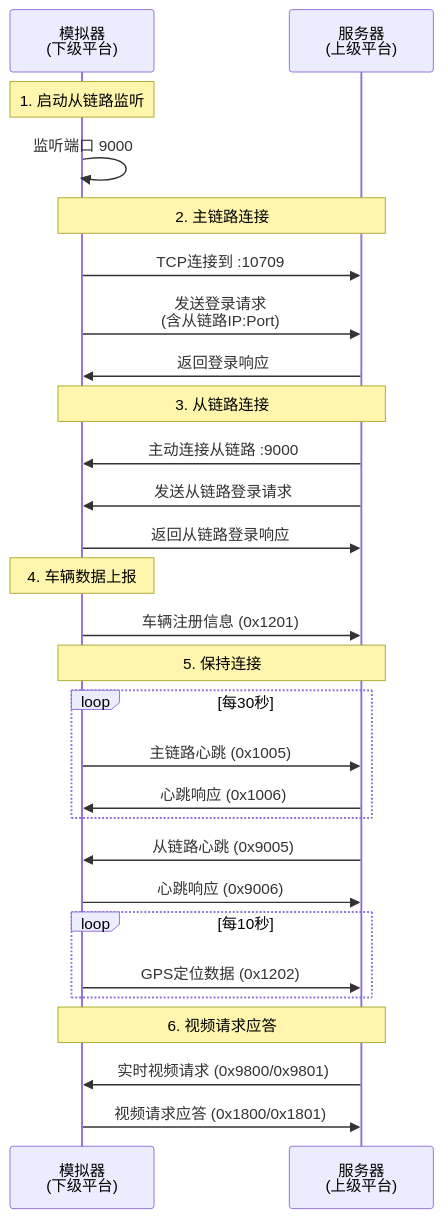
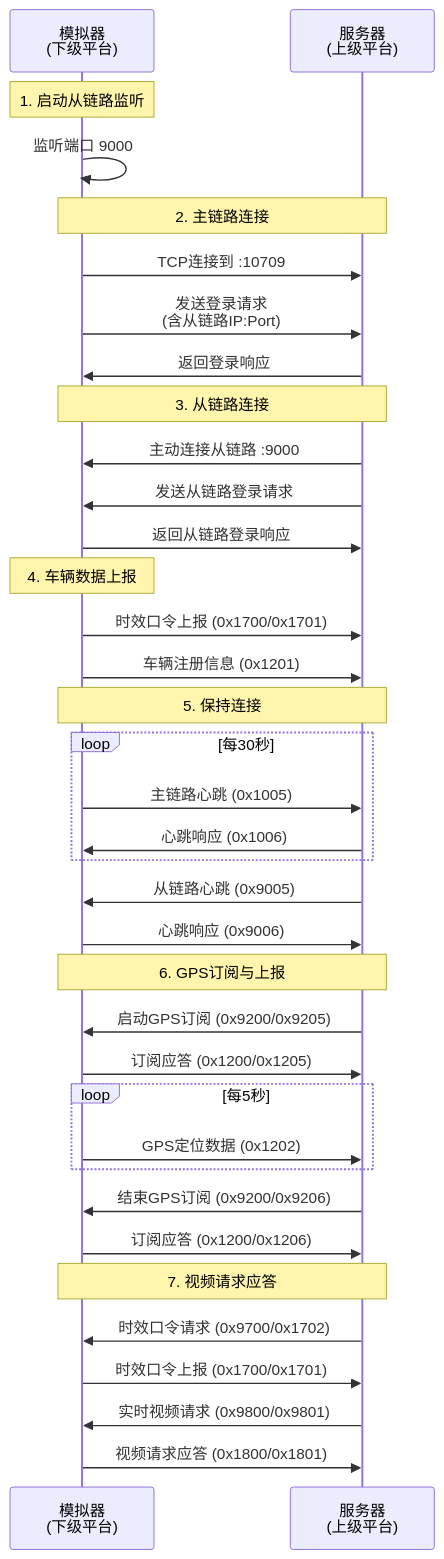
One commit to zboyco/jtt809 changed the diagram in cmd/simulator/README.md. Above: the diagram before and after it, drawn with Mermaid. The commit also changed other lines of this file and 13 other files, not shown here.

````diff
--- a/cmd/simulator/README.md
+++ b/cmd/simulator/README.md
@@ -81,38 +84,46 @@
 ```mermaid
 sequenceDiagram
     participant Simulator as 模拟器<br/>(下级平台)
     participant Server as 服务器<br/>(上级平台)
 
     Note over Simulator: 1. 启动从链路监听
     Simulator->>Simulator: 监听端口 9000
 
     Note over Simulator,Server: 2. 主链路连接
     Simulator->>Server: TCP连接到 :10709
     Simulator->>Server: 发送登录请求<br/>(含从链路IP:Port)
     Server->>Simulator: 返回登录响应
 
     Note over Simulator,Server: 3. 从链路连接
     Server->>Simulator: 主动连接从链路 :9000
     Server->>Simulator: 发送从链路登录请求
     Simulator->>Server: 返回从链路登录响应
 
     Note over Simulator: 4. 车辆数据上报
+    Simulator->>Server: 时效口令上报 (0x1700/0x1701)
     Simulator->>Server: 车辆注册信息 (0x1201)
 
     Note over Simulator,Server: 5. 保持连接
     loop 每30秒
         Simulator->>Server: 主链路心跳 (0x1005)
         Server->>Simulator: 心跳响应 (0x1006)
     end
 
     Server->>Simulator: 从链路心跳 (0x9005)
     Simulator->>Server: 心跳响应 (0x9006)
 
-    loop 每10秒
+    Note over Simulator,Server: 6. GPS订阅与上报
+    Server->>Simulator: 启动GPS订阅 (0x9200/0x9205)
+    Simulator->>Server: 订阅应答 (0x1200/0x1205)
+    loop 每5秒
         Simulator->>Server: GPS定位数据 (0x1202)
     end
+    Server->>Simulator: 结束GPS订阅 (0x9200/0x9206)
+    Simulator->>Server: 订阅应答 (0x1200/0x1206)
 
-    Note over Simulator,Server: 6. 视频请求应答
+    Note over Simulator,Server: 7. 视频请求应答
+    Server->>Simulator: 时效口令请求 (0x9700/0x1702)
+    Simulator->>Server: 时效口令上报 (0x1700/0x1701)
     Server->>Simulator: 实时视频请求 (0x9800/0x9801)
     Simulator->>Server: 视频请求应答 (0x1800/0x1801)
 ```
````
